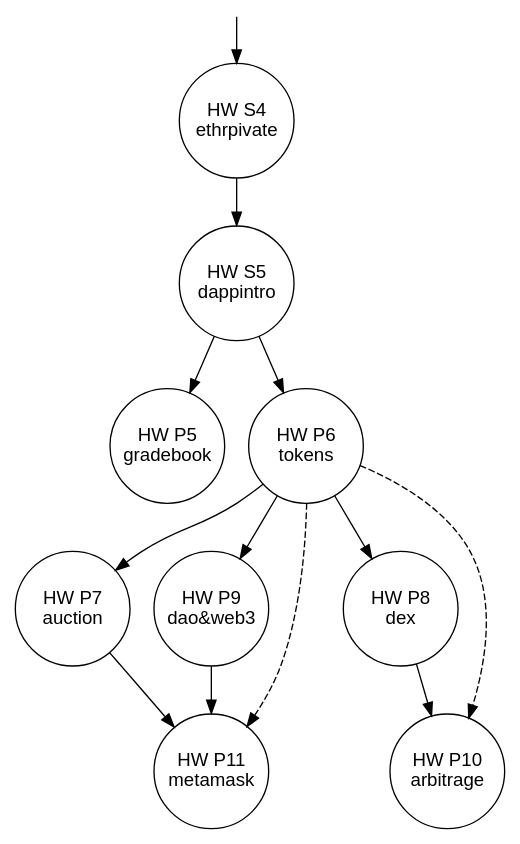
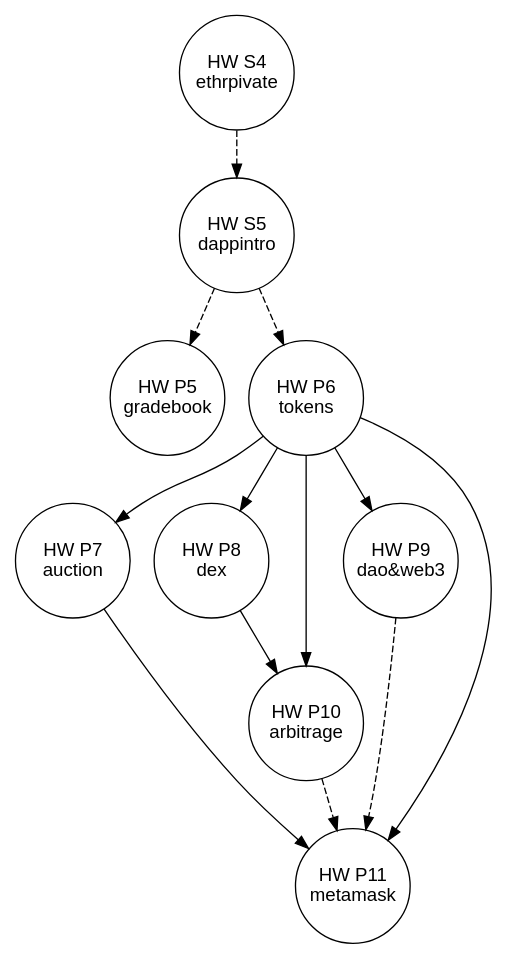
One commit to aaronbloomfield/ccc changed the diagram in hws/hwflow.dot. Above: the diagram before and after it, drawn with Graphviz. The commit also changed 6 other files, not shown here.

```diff
--- a/hws/hwflow.dot
+++ b/hws/hwflow.dot
@@ -1,30 +1,33 @@
 digraph A {
     graph [fontname = "Helvetica"];
     node [fontname = "Helvetica",shape=circle,width=1.2,fixedsize=true];
     edge [fontname = "Helvetica"];
 
-    null [shape=point,style=invis,width=0];
+    #null [shape=point,style=invis,width=0];
     hws4 [label="HW S4\nethrpivate"];
     hws5 [label="HW S5\ndappintro"];
     hwp5 [label="HW P5\ngradebook"];
     hwp6 [label="HW P6\ntokens"];
     hwp7 [label="HW P7\nauction"];
     hwp8 [label="HW P8\ndex"];
     hwp9 [label="HW P9\ndao&web3"];
     hwp10 [label="HW P10\narbitrage"];
     hwp11 [label="HW P11\nmetamask"];
 
-    null -> hws4;
-    hws4 -> hws5;
-    hws5 -> hwp5;
-    hws5 -> hwp6;
+    {rank=same hwp7 hwp8 hwp9}
+
+    #null -> hws4;
+    hws4 -> hws5 [style=dashed];
+    hws5 -> hwp5 [style=dashed];
+    hws5 -> hwp6 [style=dashed];
     hwp6 -> hwp7;
     hwp6 -> hwp8;
     hwp6 -> hwp9;
     hwp8 -> hwp10;
     hwp7 -> hwp11;
-    hwp9 -> hwp11;
-    hwp6 -> hwp10 [style=dashed];
-    hwp6 -> hwp11 [style=dashed];
+    hwp9 -> hwp11 [style=dashed];
+    hwp6 -> hwp10;
+    hwp6 -> hwp11;
+    hwp10 -> hwp11 [style=dashed];
 
 }
```
